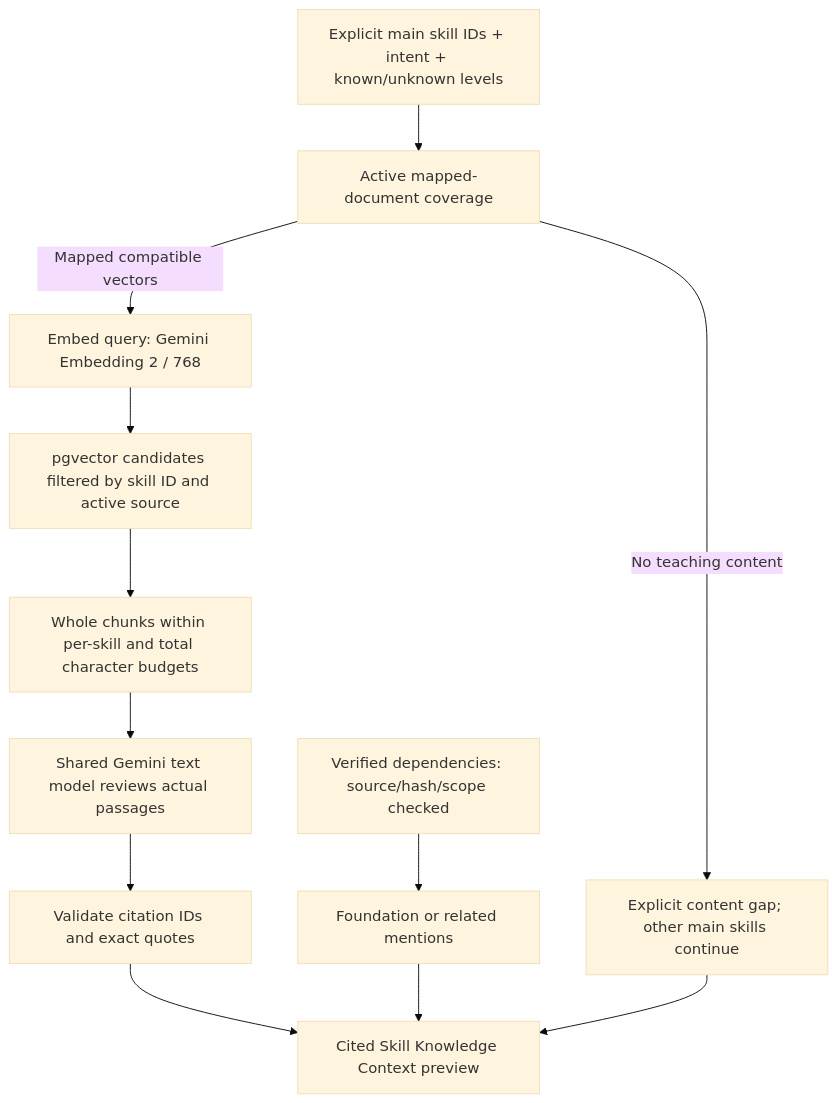
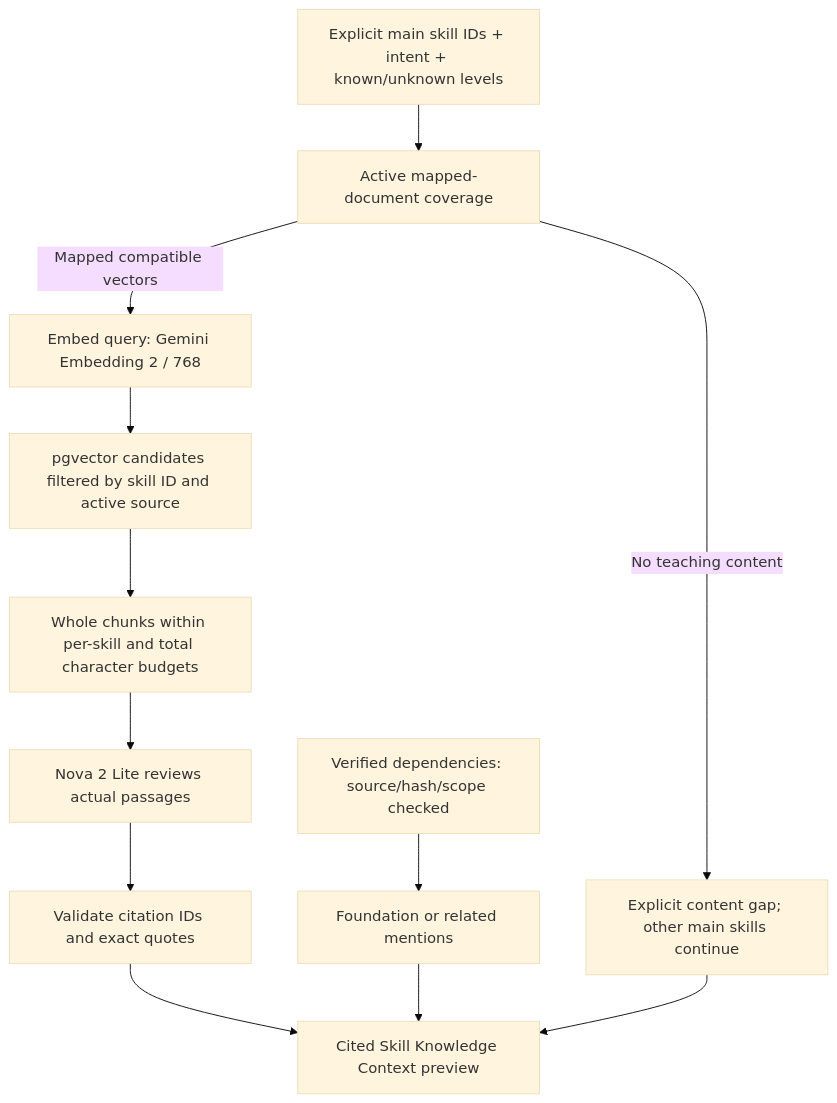
One commit to THN4/glow-job changed the diagram in docs/rag/skill-knowledge-context-guide.md. Above: the diagram before and after it, drawn with Mermaid (base theme). The commit also changed 19 other files, not shown here.

Commit message:
Switch AI generation to Nova 2 Lite

````diff
--- a/docs/rag/skill-knowledge-context-guide.md
+++ b/docs/rag/skill-knowledge-context-guide.md
@@ -10,14 +10,14 @@
 ```mermaid
 flowchart TD
     S[Explicit main skill IDs + intent + known/unknown levels] --> C[Active mapped-document coverage]
     D[Verified dependencies: source/hash/scope checked] --> M[Foundation or related mentions]
     C -->|Mapped compatible vectors| E[Embed query: Gemini Embedding 2 / 768]
     E --> V[pgvector candidates filtered by skill ID and active source]
     V --> B[Whole chunks within per-skill and total character budgets]
-    B --> T[Shared Gemini text model reviews actual passages]
+    B --> T[Nova 2 Lite reviews actual passages]
     T --> Q[Validate citation IDs and exact quotes]
     Q --> O[Cited Skill Knowledge Context preview]
     C -->|No teaching content| G[Explicit content gap; other main skills continue]
     M --> O
     G --> O
 ```
````
